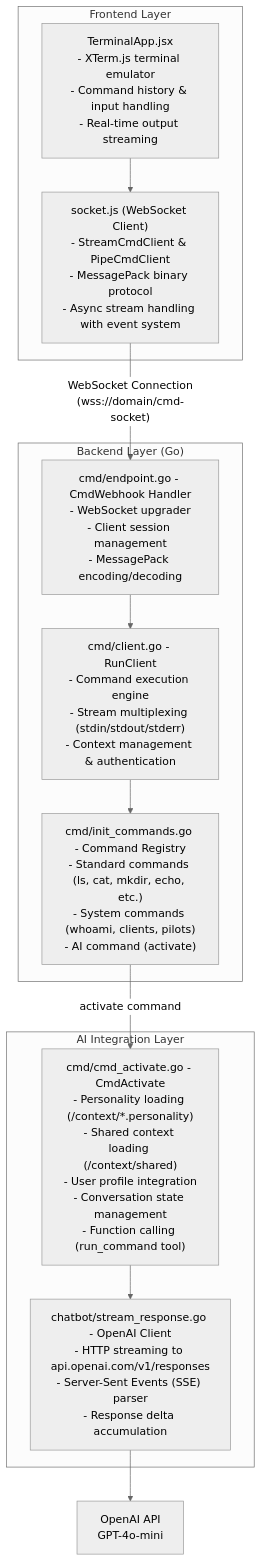
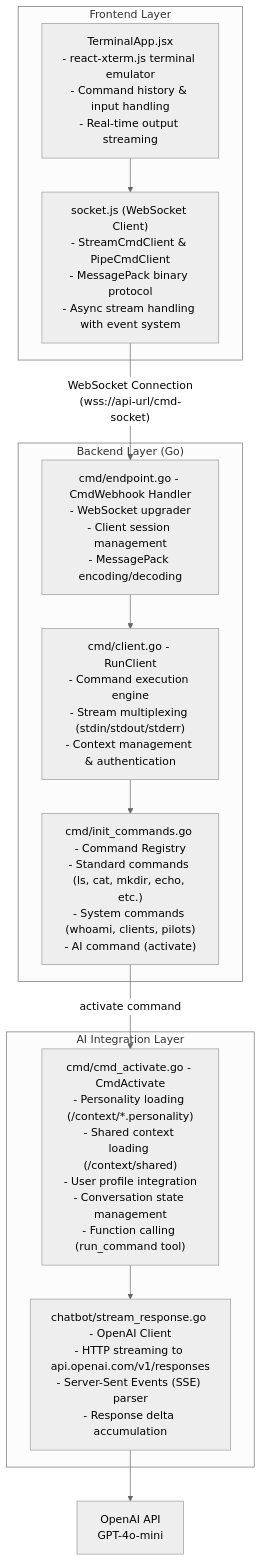
One commit to RoundRobinHood/cogniflight-cloud changed the first of 4 diagrams in docs/Task5.md. Above: the diagram before and after it, drawn with Mermaid (neutral theme). The commit also changed other lines of this file, not shown here.

````diff
--- a/docs/Task5.md
+++ b/docs/Task5.md
@@ -21,28 +21,28 @@
 ```mermaid
 graph TB
     subgraph Frontend["Frontend Layer"]
-        Terminal["TerminalApp.jsx<br/>- XTerm.js terminal emulator<br/>- Command history & input handling<br/>- Real-time output streaming"]
+        Terminal["TerminalApp.jsx<br/>- react-xterm.js terminal emulator<br/>- Command history & input handling<br/>- Real-time output streaming"]
         Socket["socket.js (WebSocket Client)<br/>- StreamCmdClient & PipeCmdClient<br/>- MessagePack binary protocol<br/>- Async stream handling with event system"]
         Terminal --> Socket
     end
 
     subgraph Backend["Backend Layer (Go)"]
         Endpoint["cmd/endpoint.go - CmdWebhook Handler<br/>- WebSocket upgrader<br/>- Client session management<br/>- MessagePack encoding/decoding"]
         RunClient["cmd/client.go - RunClient<br/>- Command execution engine<br/>- Stream multiplexing (stdin/stdout/stderr)<br/>- Context management & authentication"]
         Commands["cmd/init_commands.go - Command Registry<br/>- Standard commands (ls, cat, mkdir, echo, etc.)<br/>- System commands (whoami, clients, pilots)<br/>- AI command (activate)"]
         Endpoint --> RunClient
         RunClient --> Commands
     end
 
     subgraph AI["AI Integration Layer"]
         Activate["cmd/cmd_activate.go - CmdActivate<br/>- Personality loading (/context/*.personality)<br/>- Shared context loading (/context/shared)<br/>- User profile integration<br/>- Conversation state management<br/>- Function calling (run_command tool)"]
         StreamResponse["chatbot/stream_response.go - OpenAI Client<br/>- HTTP streaming to api.openai.com/v1/responses<br/>- Server-Sent Events (SSE) parser<br/>- Response delta accumulation"]
         Activate --> StreamResponse
     end
 
     OpenAI["OpenAI API<br/>GPT-4o-mini"]
 
-    Socket -->|"WebSocket Connection<br/>(wss://domain/cmd-socket)"| Endpoint
+    Socket -->|"WebSocket Connection<br/>(wss://api-url/cmd-socket)"| Endpoint
     Commands -->|"activate command"| Activate
     StreamResponse --> OpenAI
 ```
````
